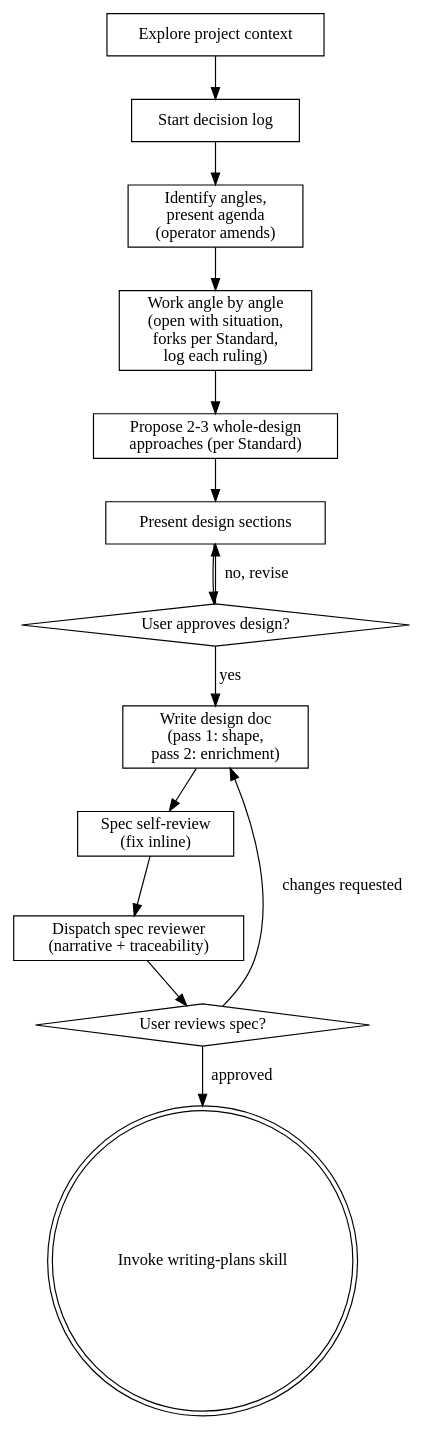
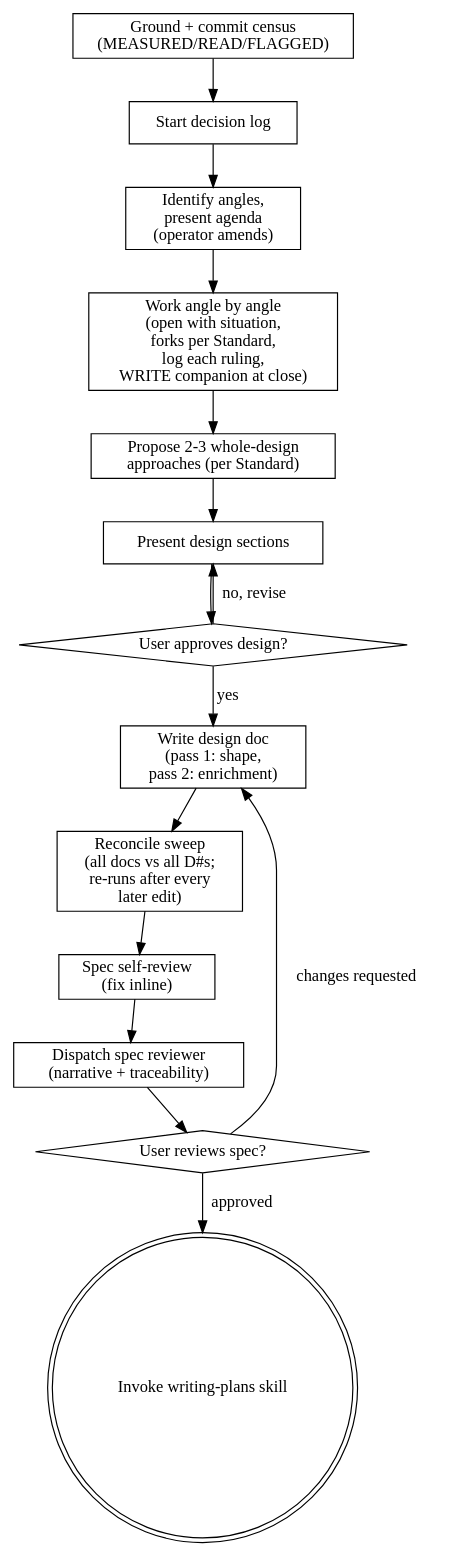
Before and after one commit to TadasValaitiz/superdev: the diagram in skills/brainstorming/SKILL.md, drawn with Graphviz. The commit also changed other lines of this file and 6 other files, not shown here.

First line of the commit message:
Codex review fold (HOLD->fixes): D70 heading-marker form; sweep re-run law; step-3 standing rule; BR2/3/12 produced set-wide; sketch receipts in entries; reviewer probe set completed; digraph+decision-logging modernized

````diff
--- a/skills/brainstorming/SKILL.md
+++ b/skills/brainstorming/SKILL.md
@@ -118,30 +120,32 @@
 ```dot
 digraph brainstorming {
-    "Explore project context" [shape=box];
+    "Ground + commit census\n(MEASURED/READ/FLAGGED)" [shape=box];
     "Start decision log" [shape=box];
     "Identify angles,\npresent agenda\n(operator amends)" [shape=box];
-    "Work angle by angle\n(open with situation,\nforks per Standard,\nlog each ruling)" [shape=box];
+    "Work angle by angle\n(open with situation,\nforks per Standard,\nlog each ruling,\nWRITE companion at close)" [shape=box];
     "Propose 2-3 whole-design\napproaches (per Standard)" [shape=box];
     "Present design sections" [shape=box];
     "User approves design?" [shape=diamond];
     "Write design doc\n(pass 1: shape,\npass 2: enrichment)" [shape=box];
+    "Reconcile sweep\n(all docs vs all D#s;\nre-runs after every\nlater edit)" [shape=box];
     "Spec self-review\n(fix inline)" [shape=box];
     "Dispatch spec reviewer\n(narrative + traceability)" [shape=box];
     "User reviews spec?" [shape=diamond];
     "Invoke writing-plans skill" [shape=doublecircle];
 
-    "Explore project context" -> "Start decision log";
+    "Ground + commit census\n(MEASURED/READ/FLAGGED)" -> "Start decision log";
     "Start decision log" -> "Identify angles,\npresent agenda\n(operator amends)";
-    "Identify angles,\npresent agenda\n(operator amends)" -> "Work angle by angle\n(open with situation,\nforks per Standard,\nlog each ruling)";
-    "Work angle by angle\n(open with situation,\nforks per Standard,\nlog each ruling)" -> "Propose 2-3 whole-design\napproaches (per Standard)";
+    "Identify angles,\npresent agenda\n(operator amends)" -> "Work angle by angle\n(open with situation,\nforks per Standard,\nlog each ruling,\nWRITE companion at close)";
+    "Work angle by angle\n(open with situation,\nforks per Standard,\nlog each ruling,\nWRITE companion at close)" -> "Propose 2-3 whole-design\napproaches (per Standard)";
     "Propose 2-3 whole-design\napproaches (per Standard)" -> "Present design sections";
     "Present design sections" -> "User approves design?";
     "User approves design?" -> "Present design sections" [label="no, revise"];
     "User approves design?" -> "Write design doc\n(pass 1: shape,\npass 2: enrichment)" [label="yes"];
-    "Write design doc\n(pass 1: shape,\npass 2: enrichment)" -> "Spec self-review\n(fix inline)";
+    "Write design doc\n(pass 1: shape,\npass 2: enrichment)" -> "Reconcile sweep\n(all docs vs all D#s;\nre-runs after every\nlater edit)";
+    "Reconcile sweep\n(all docs vs all D#s;\nre-runs after every\nlater edit)" -> "Spec self-review\n(fix inline)";
     "Spec self-review\n(fix inline)" -> "Dispatch spec reviewer\n(narrative + traceability)";
     "Dispatch spec reviewer\n(narrative + traceability)" -> "User reviews spec?";
     "User reviews spec?" -> "Write design doc\n(pass 1: shape,\npass 2: enrichment)" [label="changes requested"];
     "User reviews spec?" -> "Invoke writing-plans skill" [label="approved"];
 }
 ```
````
